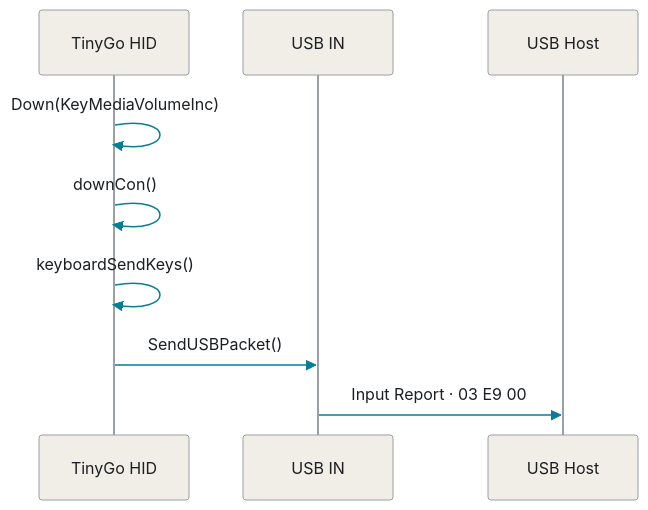
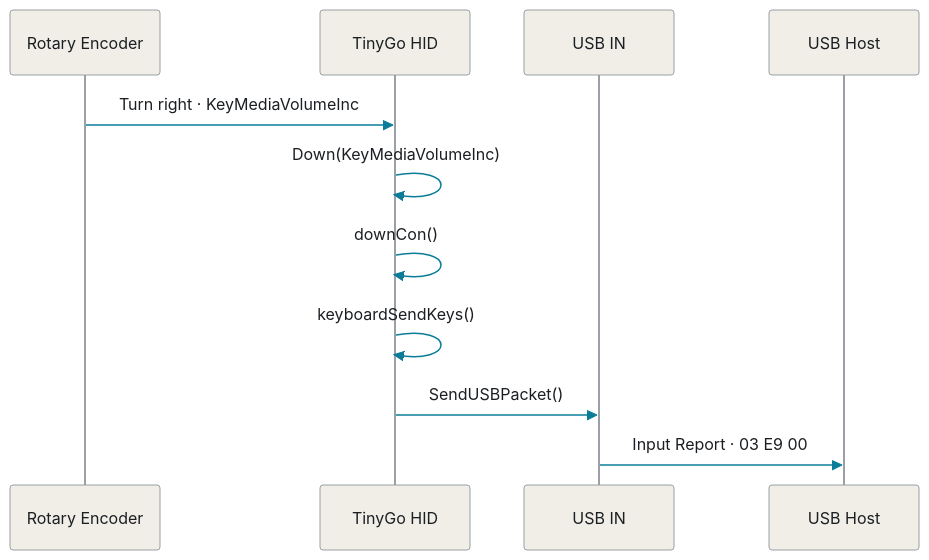
Before and after one commit to rin2yh/slides: the diagram in slides/diagrams/understanding-hid-through-tinygo/seq-device.mmd, drawn with Mermaid. The commit also changed 2 other files, not shown here.

```diff
--- a/slides/diagrams/understanding-hid-through-tinygo/seq-device.mmd
+++ b/slides/diagrams/understanding-hid-through-tinygo/seq-device.mmd
@@ -1,11 +1,13 @@
 %%{init: {"theme":"base","fontFamily":"Hiragino Sans, sans-serif","themeVariables":{"primaryColor":"#f0eee7","primaryTextColor":"#1b1f23","primaryBorderColor":"#9aa0a6","lineColor":"#0a7c98","secondaryColor":"#fbfaf7","tertiaryColor":"#fbfaf7","fontSize":"18px","actorBkg":"#f0eee7","actorBorder":"#9aa0a6","actorTextColor":"#1b1f23","signalColor":"#0a7c98","signalTextColor":"#1b1f23","noteBkgColor":"#d9eef2","noteTextColor":"#1b1f23","noteBorderColor":"#0a7c98"}}}%%
 sequenceDiagram
+  participant ENC as Rotary Encoder
   participant TG as TinyGo HID
   participant USB as USB IN
   participant HOST as USB Host
 
+  ENC->>TG: Turn right · KeyMediaVolumeInc
   TG->>TG: Down(KeyMediaVolumeInc)
   TG->>TG: downCon()
   TG->>TG: keyboardSendKeys()
   TG->>USB: SendUSBPacket()
   USB->>HOST: Input Report · 03 E9 00
```
